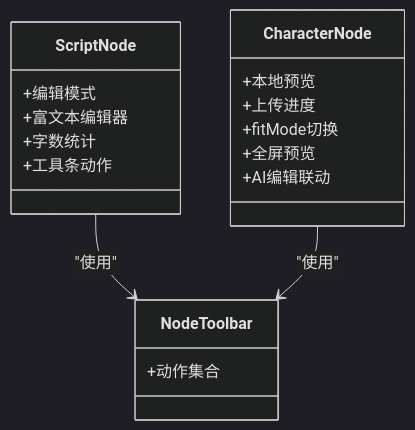
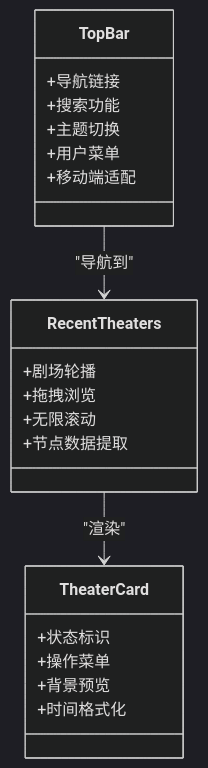
Before and after one commit to KunLabAI/KunFlix: the fourth of 6 diagrams in .qoder/repowiki/zh/content/前端组件系统/前端组件系统.md, drawn with Mermaid (dark theme). The commit also changed other lines of this file and 5 other files, not shown here.

````diff
--- a/.qoder/repowiki/zh/content/前端组件系统/前端组件系统.md
+++ b/.qoder/repowiki/zh/content/前端组件系统/前端组件系统.md
@@ -153,21 +234,24 @@
 ```mermaid
 classDiagram
-class ScriptNode {
-+编辑模式
-+富文本编辑器
-+字数统计
-+工具条动作
+class TopBar {
++导航链接
++搜索功能
++主题切换
++用户菜单
++移动端适配
 }
-class CharacterNode {
-+本地预览
-+上传进度
-+fitMode切换
-+全屏预览
-+AI编辑联动
+class RecentTheaters {
++剧场轮播
++拖拽浏览
++无限滚动
++节点数据提取
 }
-class NodeToolbar {
-+动作集合
+class TheaterCard {
++状态标识
++操作菜单
++背景预览
++时间格式化
 }
-ScriptNode --> NodeToolbar : "使用"
-CharacterNode --> NodeToolbar : "使用"
+TopBar --> RecentTheaters : "导航到"
+RecentTheaters --> TheaterCard : "渲染"
 ```
````
